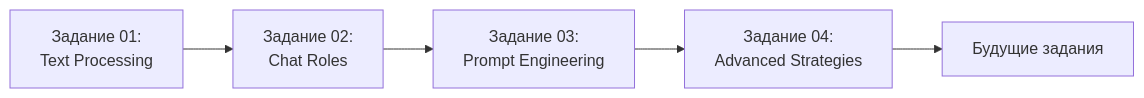
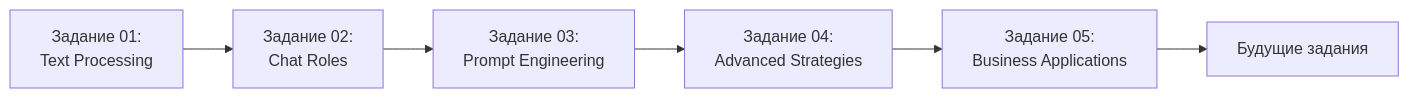
The diagram in Exercises/README.md (artipy/ai_knowledge_db_and_projects), drawn with Mermaid before and after one commit. The commit also changed other lines of this file and 9 other files, not shown here.

````diff
--- a/Exercises/README.md
+++ b/Exercises/README.md
@@ -134,7 +158,8 @@
 ```mermaid
 graph LR
     A[Задание 01:<br/>Text Processing] --> B[Задание 02:<br/>Chat Roles]
     B --> C[Задание 03:<br/>Prompt Engineering]
     C --> D[Задание 04:<br/>Advanced Strategies]
-    D --> E[Будущие задания]
+    D --> E[Задание 05:<br/>Business Applications]
+    E --> F[Будущие задания]
 ```
````
